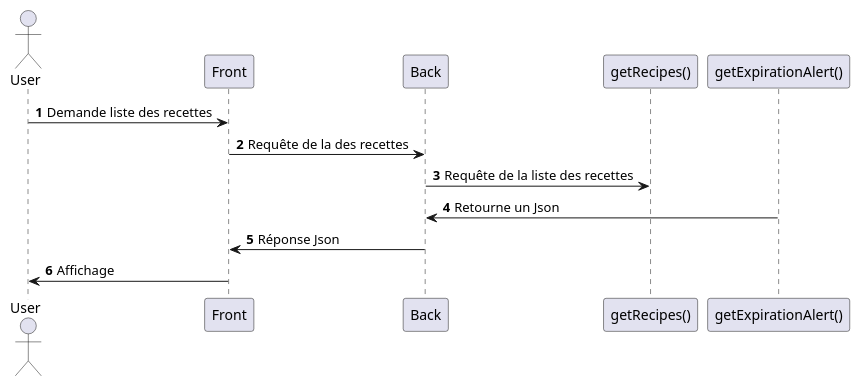
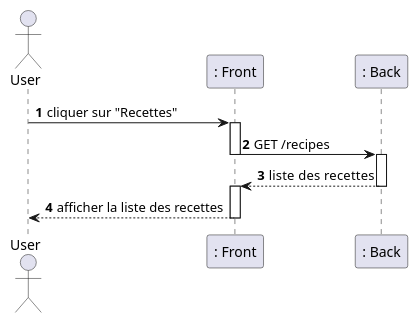
The diagram in docs/diagram/sequence/SequenceDiagramRecipes.puml (romainvacheret/wadge-backend), drawn with PlantUML before and after one commit. The commit also changed 2 other files, not shown here.

Commit message:
doc: update diagram sequence for carte and recipes

```diff
--- a/docs/diagram/sequence/SequenceDiagramRecipes.puml
+++ b/docs/diagram/sequence/SequenceDiagramRecipes.puml
@@ -1,9 +1,21 @@
+@startuml
 autonumber
 actor User
-User -> Front: Demande liste des recettes
-Front -> Back: Requête de la des recettes
-Back -> "getRecipes()": Requête de la liste des recettes
-"getExpirationAlert()"-> Back: Retourne un Json
-Back -> Front: Réponse Json
-Front -> User: Affichage
-@enduml
+participant ": Front" as frontend
+participant ": Back" as backend
+
+ 
+User -> frontend: cliquer sur "Recettes"
+activate frontend
+frontend -> backend: GET /recipes
+deactivate frontend
+activate backend
+backend --> frontend: liste  des recettes
+deactivate backend
+activate frontend
+frontend --> User: afficher la liste des recettes
+
+deactivate frontend
+ 
+ 
+@endum
```
